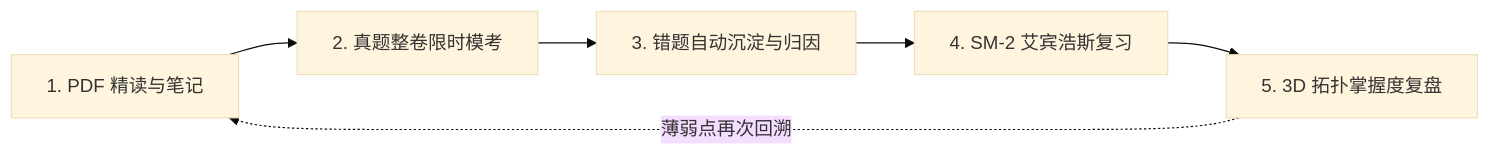
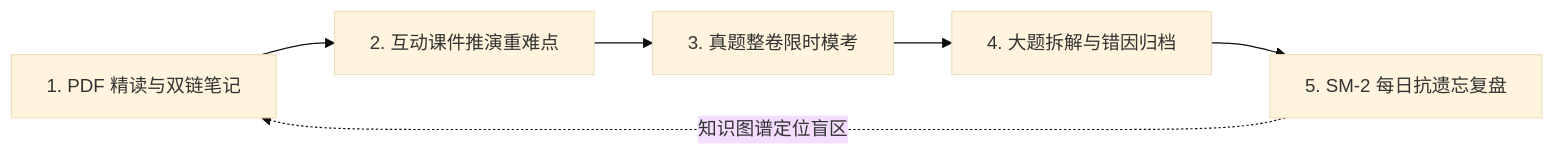
Before and after one commit to qts2218346424-cyber/obsidian-knowledge-viz: the first of 2 diagrams in README.md, drawn with Mermaid (base theme). The commit also changed other lines of this file and 5 other files, not shown here.

````diff
--- a/README.md
+++ b/README.md
@@ -279,8 +175,8 @@
 ```mermaid
 flowchart LR
-    A["1. PDF 精读与笔记"] --> B["2. 真题整卷限时模考"]
-    B --> C["3. 错题自动沉淀与归因"]
-    C --> D["4. SM-2 艾宾浩斯复习"]
-    D --> E["5. 3D 拓扑掌握度复盘"]
-    E -.->|薄弱点再次回溯| A
+    A["1. PDF 精读与双链笔记"] --> B["2. 互动课件推演重难点"]
+    B --> C["3. 真题整卷限时模考"]
+    C --> D["4. 大题拆解与错因归档"]
+    D --> E["5. SM-2 每日抗遗忘复盘"]
+    E -.->|"知识图谱定位盲区"| A
 ```
````
